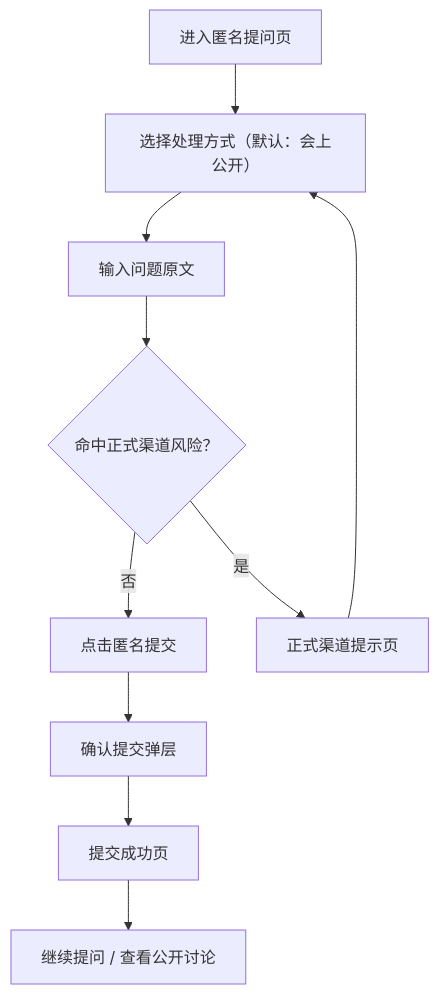
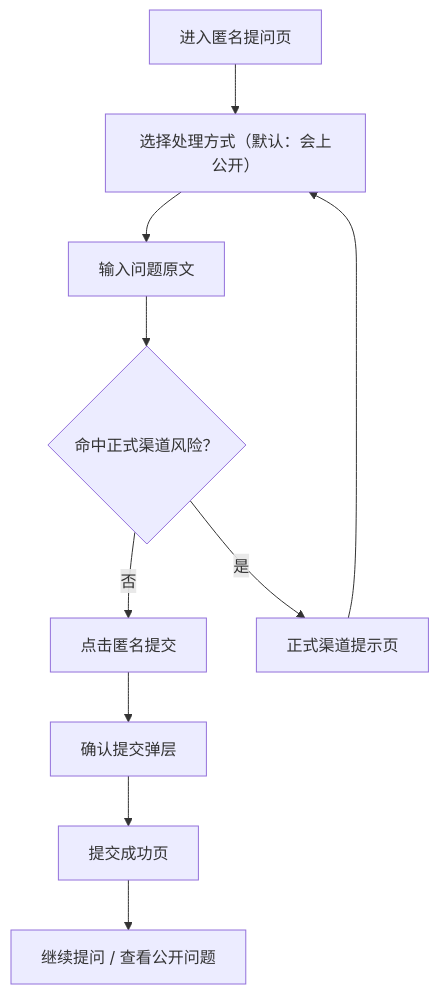
The first of 2 diagrams in docs/interaction-design.md (YouyuiSS/tax-con-question), drawn with Mermaid before and after one commit. The commit also changed other lines of this file and 25 other files, not shown here.

````diff
--- a/docs/interaction-design.md
+++ b/docs/interaction-design.md
@@ -53,12 +53,12 @@
 ```mermaid
 flowchart TD
   A["进入匿名提问页"] --> B["选择处理方式（默认：会上公开）"]
   B --> C["输入问题原文"]
   C --> D{"命中正式渠道风险？"}
   D -- 否 --> E["点击匿名提交"]
   E --> F["确认提交弹层"]
   F --> G["提交成功页"]
-  G --> H["继续提问 / 查看公开讨论"]
+  G --> H["继续提问 / 查看公开问题"]
   D -- 是 --> I["正式渠道提示页"]
   I --> B
 ```
````
